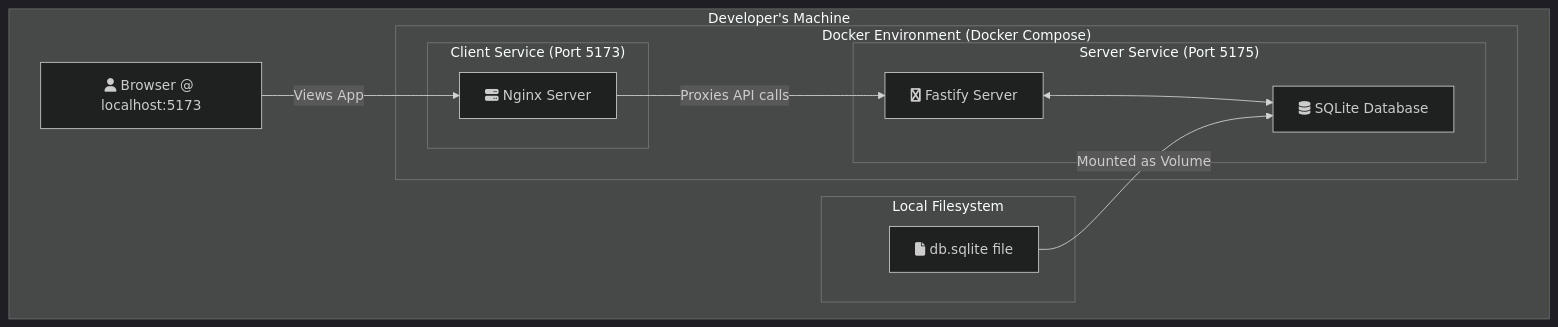
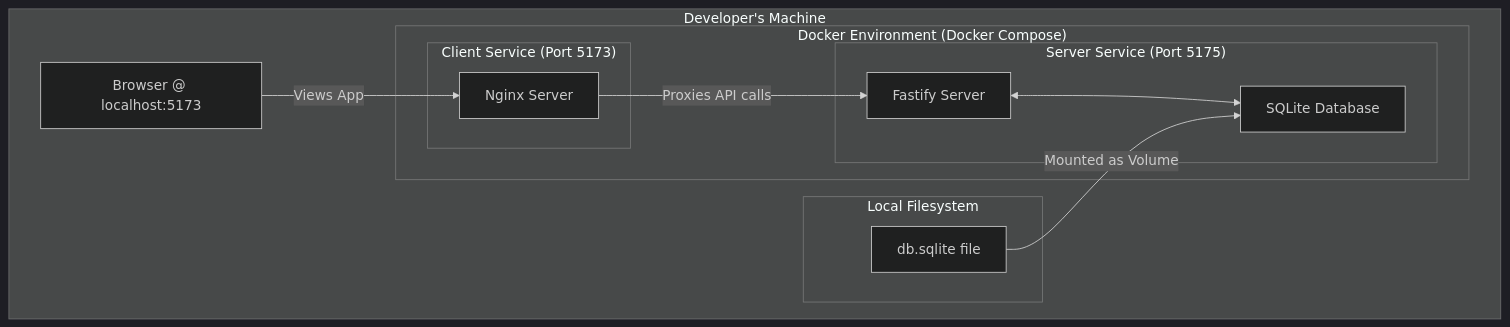
One commit to alokkumar-projects/wex-automotive changed the second of 6 diagrams in README.md. Above: the diagram before and after it, drawn with Mermaid (dark theme). The commit also changed other lines of this file, not shown here.

````diff
--- a/README.md
+++ b/README.md
@@ -58,26 +49,26 @@
 ```mermaid
 graph TD
     subgraph "Developer's Machine"
-        A[fa:fa-user Browser @ localhost:5173]
+        A[Browser @ localhost:5173]
 
         subgraph "Docker Environment (Docker Compose)"
             subgraph "Client Service (Port 5173)"
-                B[fa:fa-server Nginx Server]
+                B[Nginx Server]
             end
 
             subgraph "Server Service (Port 5175)"
-                C[fa:fa-node-js Fastify Server]
-                D[fa:fa-database SQLite Database]
+                C[Fastify Server]
+                D[SQLite Database]
                 C <--> D
             end
         end
 
         subgraph "Local Filesystem"
-             E[fa:fa-file db.sqlite file]
+             E[db.sqlite file]
         end
     end
 
     A -- "Views App" --> B
     B -- "Proxies API calls" --> C
     E -- "Mounted as Volume" --> D
 ```
````
